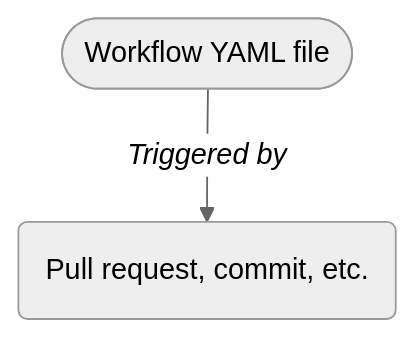
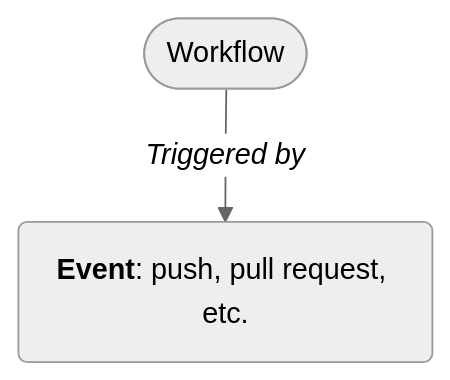
One commit to mjfrigaard/shiny-app-pkgs changed the first of 8 diagrams in gha.qmd. Above: the diagram before and after it, drawn with Mermaid. The commit also changed other lines of this file and 8 other files, not shown here.

````diff
--- a/gha.qmd
+++ b/gha.qmd
@@ -94,8 +88,8 @@
 ```{mermaid}
 %%| fig-align: center
 %%{init: {'theme': 'neutral', 'themeVariables': { 'fontFamily': 'monospace', "fontSize":"16px"}}}%%
 
 flowchart TD
-  workflow(["Workflow YAML file"]) -->|"<em>Triggered by<em>"| event("Pull request, commit, etc.")
+  workflow(["Workflow"]) -->|"<em>Triggered by<em>"| event("<strong>Event</strong>: push, pull request, etc.")
     
 ```
````
